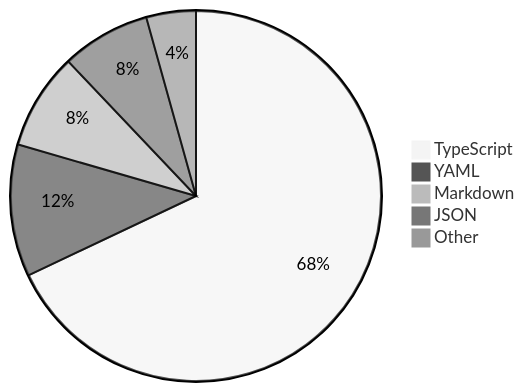
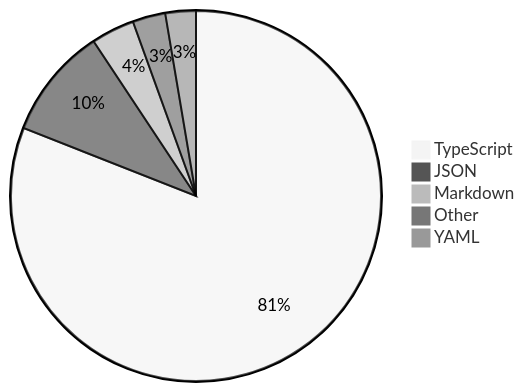
One commit to skvggor/skvggor changed the diagram in README.md. Above: the diagram before and after it, drawn with Mermaid (neutral theme).

Commit message:
Updated waka-readme graph with new metrics

````diff
--- a/README.md
+++ b/README.md
@@ -28,8 +28,8 @@
 ```mermaid
 pie
-    "TypeScript" : 61.3
-    "YAML" : 10.4
-    "Markdown" : 7.6
-    "JSON" : 7.0
-    "Other" : 3.9
+    "TypeScript" : 79.2
+    "JSON" : 9.5
+    "Markdown" : 3.7
+    "Other" : 2.8
+    "YAML" : 2.6
 ```
````
